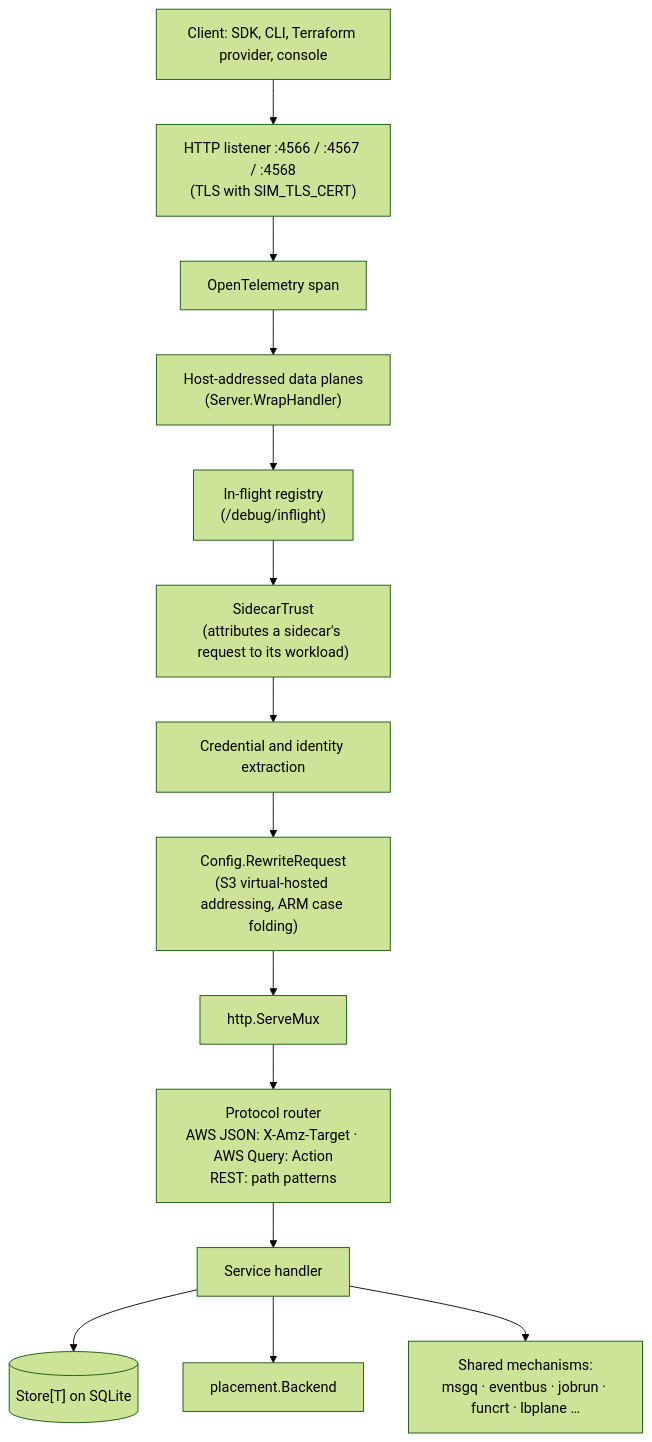
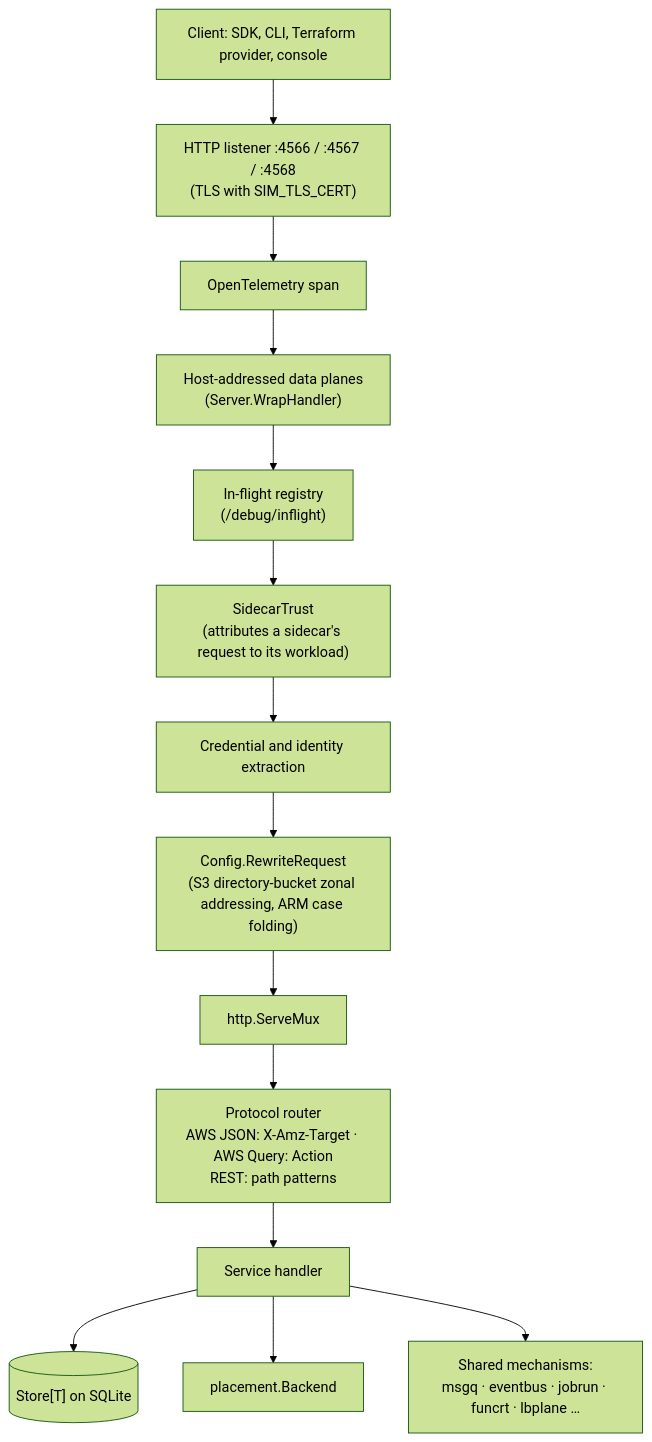
One commit to e6qu/sockerless-cloud changed the second of 3 diagrams in docs/architecture.md. Above: the diagram before and after it, drawn with Mermaid (forest theme). The commit also changed other lines of this file and 2337 other files, not shown here.

````diff
--- a/docs/architecture.md
+++ b/docs/architecture.md
@@ -50,16 +49,16 @@
 ```mermaid
 flowchart TB
   client["Client: SDK, CLI, Terraform provider, console"] --> listener
   listener["HTTP listener :4566 / :4567 / :4568<br/>(TLS with SIM_TLS_CERT)"] --> otel["OpenTelemetry span"]
   otel --> wrap["Host-addressed data planes<br/>(Server.WrapHandler)"]
   wrap --> inflight["In-flight registry<br/>(/debug/inflight)"]
   inflight --> sidecar["SidecarTrust<br/>(attributes a sidecar's request to its workload)"]
   sidecar --> auth["Credential and identity extraction"]
-  auth --> rewrite["Config.RewriteRequest<br/>(S3 virtual-hosted addressing, ARM case folding)"]
+  auth --> rewrite["Config.RewriteRequest<br/>(S3 directory-bucket zonal addressing, ARM case folding)"]
   rewrite --> mux["http.ServeMux"]
   mux --> router["Protocol router<br/>AWS JSON: X-Amz-Target · AWS Query: Action<br/>REST: path patterns"]
   router --> handler["Service handler"]
   handler --> store[("Store[T] on SQLite")]
   handler --> placement["placement.Backend"]
   handler --> mech["Shared mechanisms:<br/>msgq · eventbus · jobrun · funcrt · lbplane …"]
 ```
````
